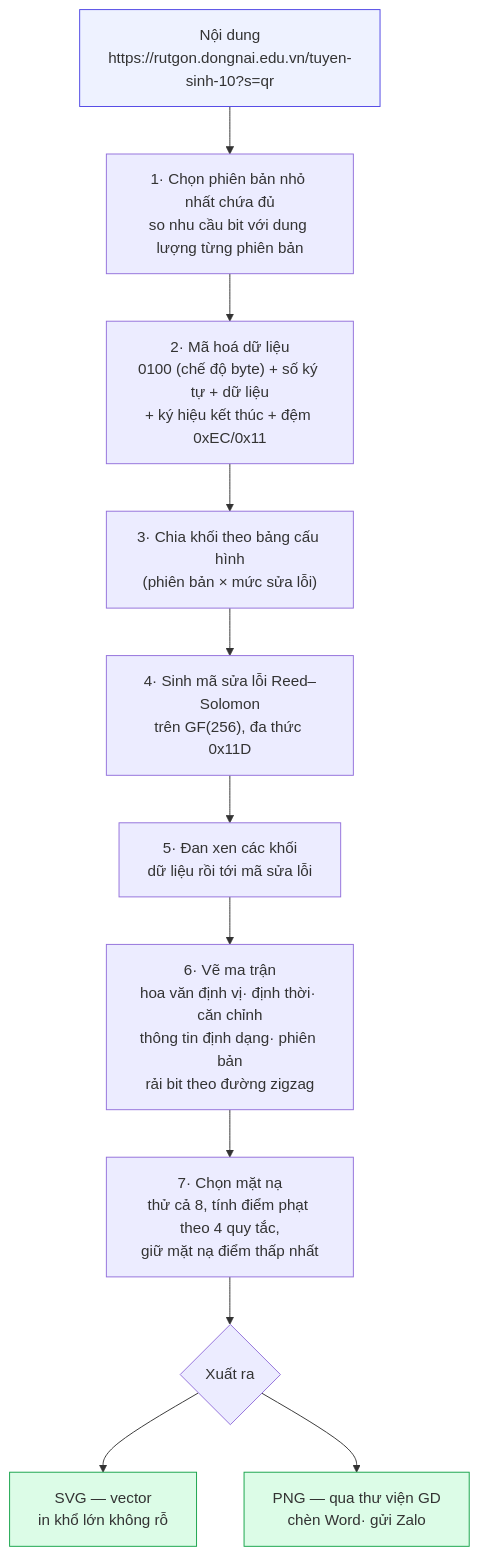
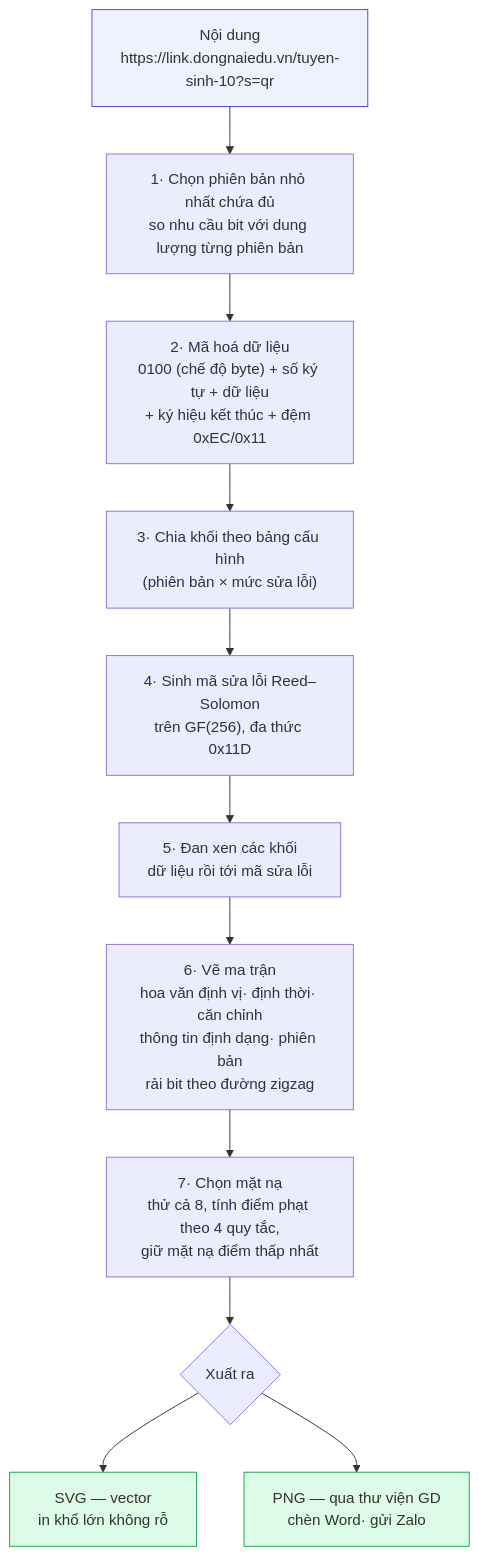
One commit to tlearnvn/dongnai-link-shortener changed the tenth of 19 diagrams in docs/quy-trinh-ky-thuat.md. Above: the diagram before and after it, drawn with Mermaid. The commit also changed 46 other files, not shown here.

First line of the commit message:
Đổi tên miền sang link.dongnaiedu.vn và chụp lại toàn bộ 36 ảnh minh hoạ

````diff
--- a/docs/quy-trinh-ky-thuat.md
+++ b/docs/quy-trinh-ky-thuat.md
@@ -597,19 +597,19 @@
 ```mermaid
 flowchart TD
-    IN["Nội dung<br/>https://rutgon.dongnai.edu.vn/tuyen-sinh-10?s=qr"] --> V
+    IN["Nội dung<br/>https://link.dongnaiedu.vn/tuyen-sinh-10?s=qr"] --> V
 
     V["1· Chọn phiên bản nhỏ nhất chứa đủ<br/>so nhu cầu bit với dung lượng từng phiên bản"] --> E
     E["2· Mã hoá dữ liệu<br/>0100 (chế độ byte) + số ký tự + dữ liệu<br/>+ ký hiệu kết thúc + đệm 0xEC/0x11"] --> B
     B["3· Chia khối theo bảng cấu hình<br/>(phiên bản × mức sửa lỗi)"] --> RS
     RS["4· Sinh mã sửa lỗi Reed–Solomon<br/>trên GF(256), đa thức 0x11D"] --> IL
     IL["5· Đan xen các khối<br/>dữ liệu rồi tới mã sửa lỗi"] --> DR
     DR["6· Vẽ ma trận<br/>hoa văn định vị· định thời· căn chỉnh<br/>thông tin định dạng· phiên bản<br/>rải bit theo đường zigzag"] --> M
     M["7· Chọn mặt nạ<br/>thử cả 8, tính điểm phạt theo 4 quy tắc,<br/>giữ mặt nạ điểm thấp nhất"] --> OUT
 
     OUT{"Xuất ra"} --> SVG["SVG — vector<br/>in khổ lớn không rỗ"]
     OUT --> PNG["PNG — qua thư viện GD<br/>chèn Word· gửi Zalo"]
 
     style IN fill:#eef2ff,stroke:#4f46e5
     style SVG fill:#dcfce7,stroke:#16a34a
     style PNG fill:#dcfce7,stroke:#16a34a
 ```
````
